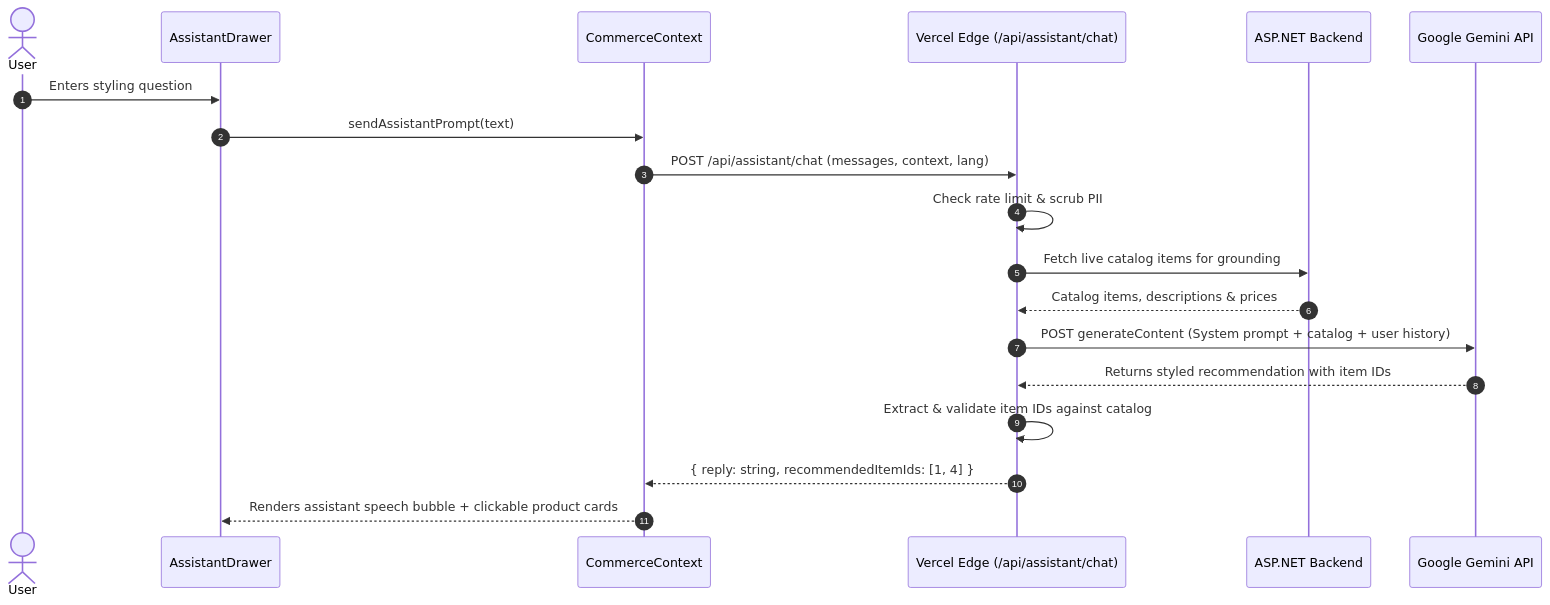
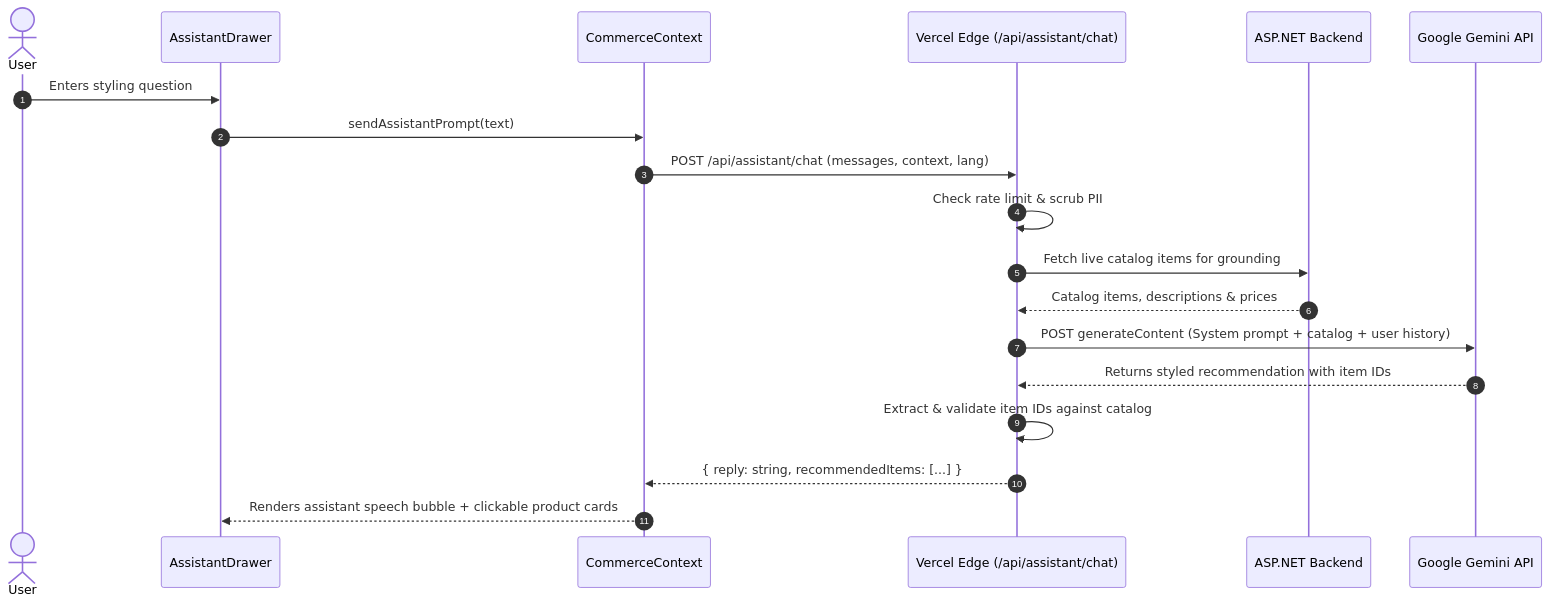
Before and after one commit to gamalwessam21/TryOnStudio: the fourth of 11 diagrams in README.md, drawn with Mermaid. The commit also changed other lines of this file, not shown here.

Commit message:
docs: update README with verified architecture and project structure

````diff
--- a/README.md
+++ b/README.md
@@ -876,22 +326,22 @@
 ```mermaid
 sequenceDiagram
     autonumber
     actor User
     participant Drawer as AssistantDrawer
     participant CommCtx as CommerceContext
     participant Edge as Vercel Edge (/api/assistant/chat)
     participant Backend as ASP.NET Backend
     participant Gemini as Google Gemini API
 
     User->>Drawer: Enters styling question
     Drawer->>CommCtx: sendAssistantPrompt(text)
     CommCtx->>Edge: POST /api/assistant/chat (messages, context, lang)
     Edge->>Edge: Check rate limit & scrub PII
     Edge->>Backend: Fetch live catalog items for grounding
     Backend-->>Edge: Catalog items, descriptions & prices
     Edge->>Gemini: POST generateContent (System prompt + catalog + user history)
     Gemini-->>Edge: Returns styled recommendation with item IDs
     Edge->>Edge: Extract & validate item IDs against catalog
-    Edge-->>CommCtx: { reply: string, recommendedItemIds: [1, 4] }
+    Edge-->>CommCtx: { reply: string, recommendedItems: [...] }
     CommCtx-->>Drawer: Renders assistant speech bubble + clickable product cards
 ```
````
